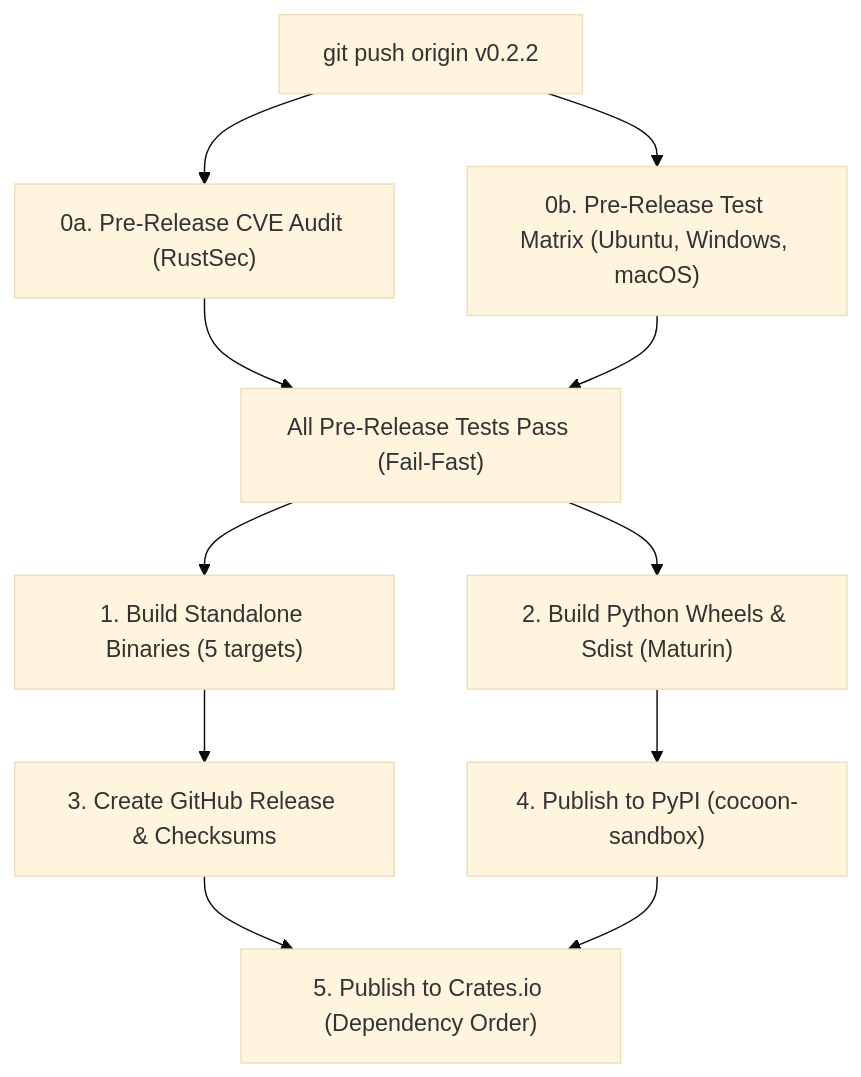
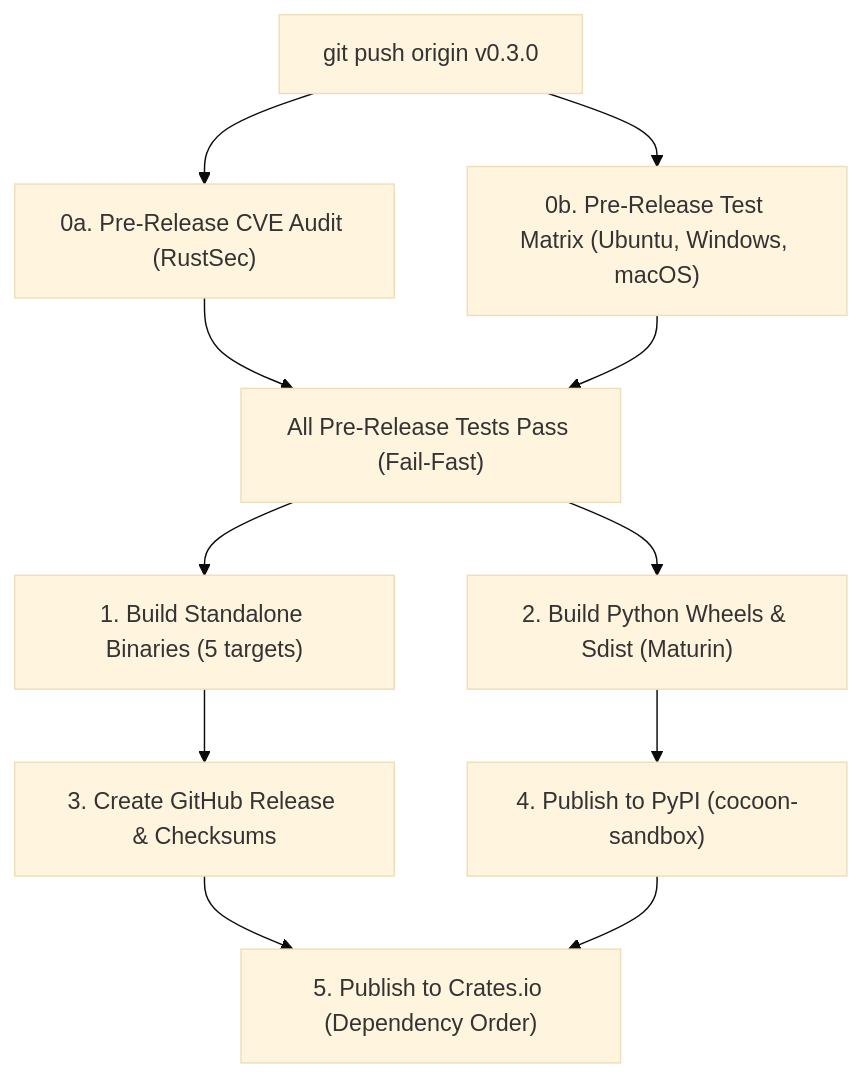
One commit to sunilksundaram/cocoon-sandbox changed the second of 2 diagrams in docs/USER_GUIDE.md. Above: the diagram before and after it, drawn with Mermaid (base theme). The commit also changed other lines of this file and 8 other files, not shown here.

Commit message:
chore(release): bump version to 0.3.0 with enterprise deployment guide, architect skill, and polyglot mcp runtime expansion

````diff
--- a/docs/USER_GUIDE.md
+++ b/docs/USER_GUIDE.md
@@ -1088,17 +1088,17 @@
 ```mermaid
 flowchart TD
-    T["git push origin v0.2.2"] --> Gate1["0a. Pre-Release CVE Audit (RustSec)"]
+    T["git push origin v0.3.0"] --> Gate1["0a. Pre-Release CVE Audit (RustSec)"]
     T --> Gate2["0b. Pre-Release Test Matrix (Ubuntu, Windows, macOS)"]
 
     Gate1 --> Gate["All Pre-Release Tests Pass (Fail-Fast)"]
     Gate2 --> Gate
 
     Gate --> B["1. Build Standalone Binaries (5 targets)"]
     Gate --> W["2. Build Python Wheels & Sdist (Maturin)"]
 
     B --> Rel["3. Create GitHub Release & Checksums"]
     W --> PyPI["4. Publish to PyPI (cocoon-sandbox)"]
 
     Rel --> Crates["5. Publish to Crates.io (Dependency Order)"]
     PyPI --> Crates
 ```
````
